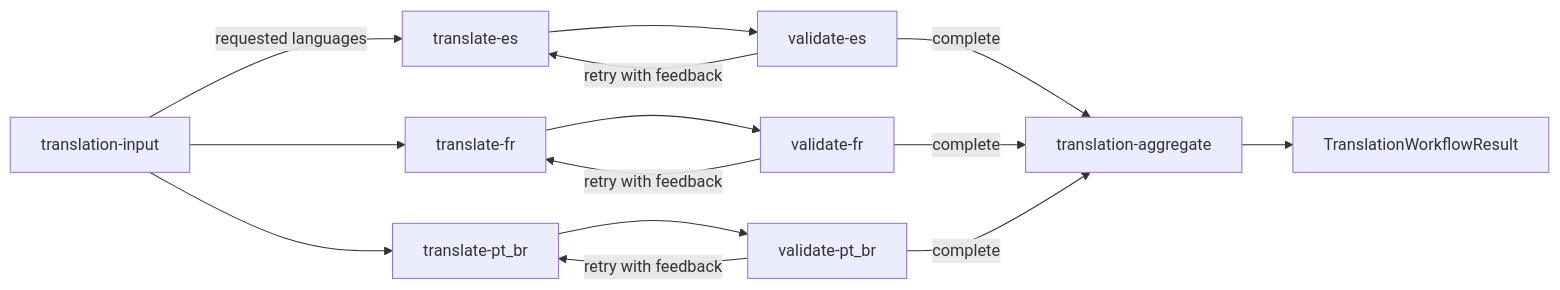
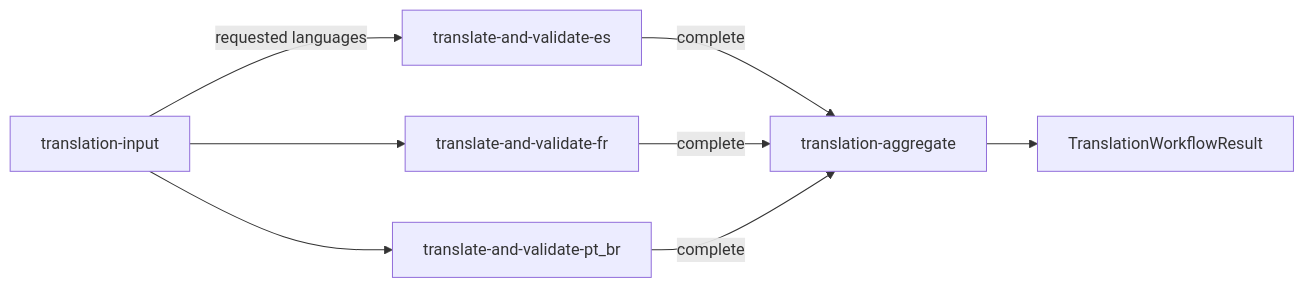
One commit to LautaroO/maf-playground changed the first of 2 diagrams in src/MafPlayground.AI/Workflows/Translation/README.md. Above: the diagram before and after it, drawn with Mermaid. The commit also changed other lines of this file and 7 other files, not shown here.

````diff
--- a/src/MafPlayground.AI/Workflows/Translation/README.md
+++ b/src/MafPlayground.AI/Workflows/Translation/README.md
@@ -14,16 +15,10 @@
 ```mermaid
 flowchart LR
-    Input[translation-input] -->|requested languages| ES[translate-es]
-    Input --> FR[translate-fr]
-    Input --> PT[translate-pt_br]
-    ES --> VES[validate-es]
-    FR --> VFR[validate-fr]
-    PT --> VPT[validate-pt_br]
-    VES -->|retry with feedback| ES
-    VFR -->|retry with feedback| FR
-    VPT -->|retry with feedback| PT
-    VES -->|complete| Join[translation-aggregate]
-    VFR -->|complete| Join
-    VPT -->|complete| Join
+    Input[translation-input] -->|requested languages| ES[translate-and-validate-es]
+    Input --> FR[translate-and-validate-fr]
+    Input --> PT[translate-and-validate-pt_br]
+    ES -->|complete| Join[translation-aggregate]
+    FR -->|complete| Join
+    PT -->|complete| Join
     Join --> Result[TranslationWorkflowResult]
 ```
````
